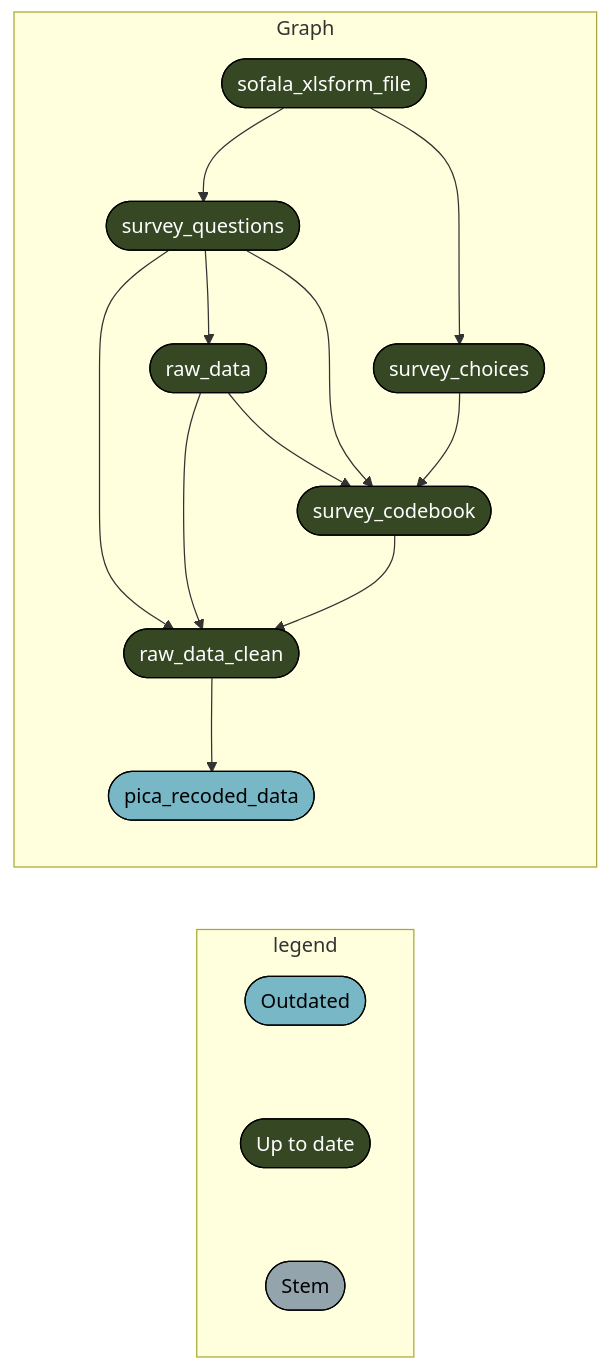
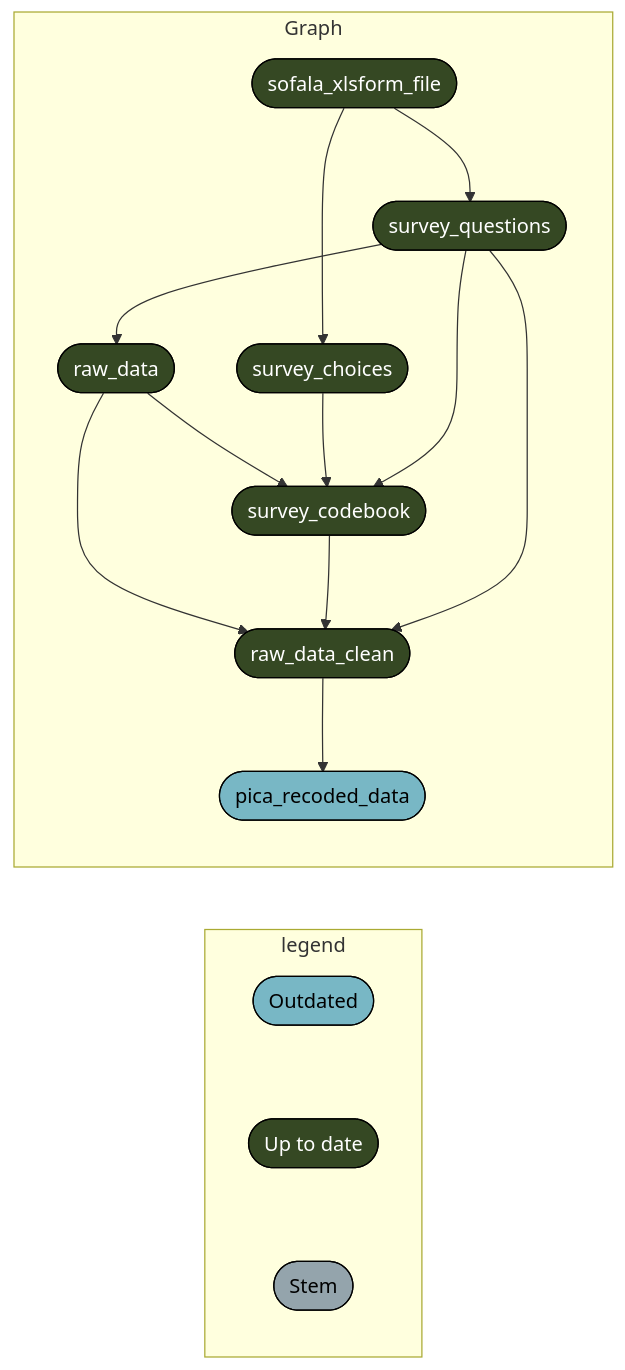
One commit to katilingban/mozambique-s3m changed the seventh of 15 diagrams in README.md. Above: the diagram before and after it, drawn with Mermaid. The commit also changed other lines of this file and 1 other file, not shown here.

````diff
--- a/README.md
+++ b/README.md
@@ -216,24 +221,24 @@
 ``` mermaid
 graph LR
   subgraph legend
     x0a52b03877696646([""Outdated""]):::outdated --- x7420bd9270f8d27d([""Up to date""]):::uptodate
     x7420bd9270f8d27d([""Up to date""]):::uptodate --- xbf4603d6c2c2ad6b([""Stem""]):::none
   end
   subgraph Graph
+    x52eeb21c389d52d8(["sofala_xlsform_file"]):::uptodate --> x0c65864d89dfd824(["survey_questions"]):::uptodate
+    x136e4e85e6851637(["raw_data"]):::uptodate --> xfcfc1959dbba8ed3(["survey_codebook"]):::uptodate
+    x5aed27afbde18e19(["survey_choices"]):::uptodate --> xfcfc1959dbba8ed3(["survey_codebook"]):::uptodate
+    x0c65864d89dfd824(["survey_questions"]):::uptodate --> xfcfc1959dbba8ed3(["survey_codebook"]):::uptodate
     x136e4e85e6851637(["raw_data"]):::uptodate --> x09e58614f2343db8(["raw_data_clean"]):::uptodate
     xfcfc1959dbba8ed3(["survey_codebook"]):::uptodate --> x09e58614f2343db8(["raw_data_clean"]):::uptodate
     x0c65864d89dfd824(["survey_questions"]):::uptodate --> x09e58614f2343db8(["raw_data_clean"]):::uptodate
+    x09e58614f2343db8(["raw_data_clean"]):::uptodate --> xb4b09a3b00ca06ba(["pica_recoded_data"]):::outdated
+    x52eeb21c389d52d8(["sofala_xlsform_file"]):::uptodate --> x5aed27afbde18e19(["survey_choices"]):::uptodate
     x0c65864d89dfd824(["survey_questions"]):::uptodate --> x136e4e85e6851637(["raw_data"]):::uptodate
-    x52eeb21c389d52d8(["sofala_xlsform_file"]):::uptodate --> x0c65864d89dfd824(["survey_questions"]):::uptodate
-    x09e58614f2343db8(["raw_data_clean"]):::uptodate --> xb4b09a3b00ca06ba(["pica_recoded_data"]):::outdated
-    x136e4e85e6851637(["raw_data"]):::uptodate --> xfcfc1959dbba8ed3(["survey_codebook"]):::uptodate
-    x5aed27afbde18e19(["survey_choices"]):::uptodate --> xfcfc1959dbba8ed3(["survey_codebook"]):::uptodate
-    x0c65864d89dfd824(["survey_questions"]):::uptodate --> xfcfc1959dbba8ed3(["survey_codebook"]):::uptodate
-    x52eeb21c389d52d8(["sofala_xlsform_file"]):::uptodate --> x5aed27afbde18e19(["survey_choices"]):::uptodate
   end
   classDef outdated stroke:#000000,color:#000000,fill:#78B7C5;
   classDef uptodate stroke:#000000,color:#ffffff,fill:#354823;
   classDef none stroke:#000000,color:#000000,fill:#94a4ac;
   linkStyle 0 stroke-width:0px;
   linkStyle 1 stroke-width:0px;
 ```
````
